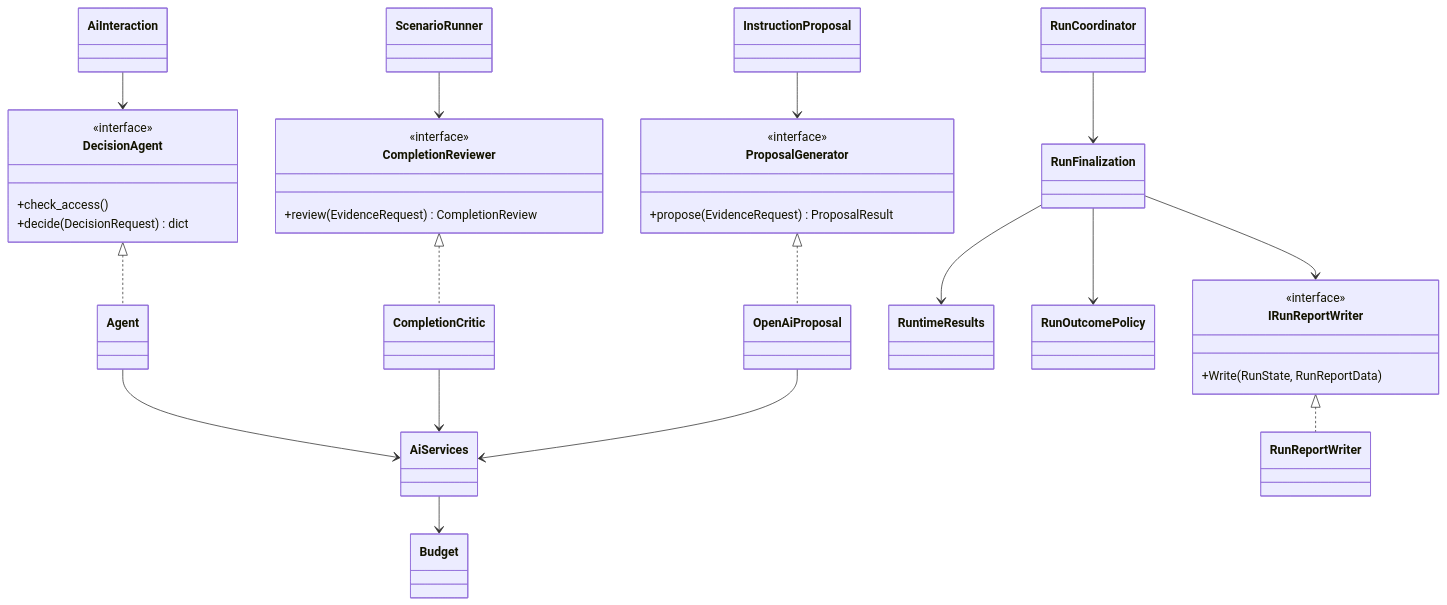
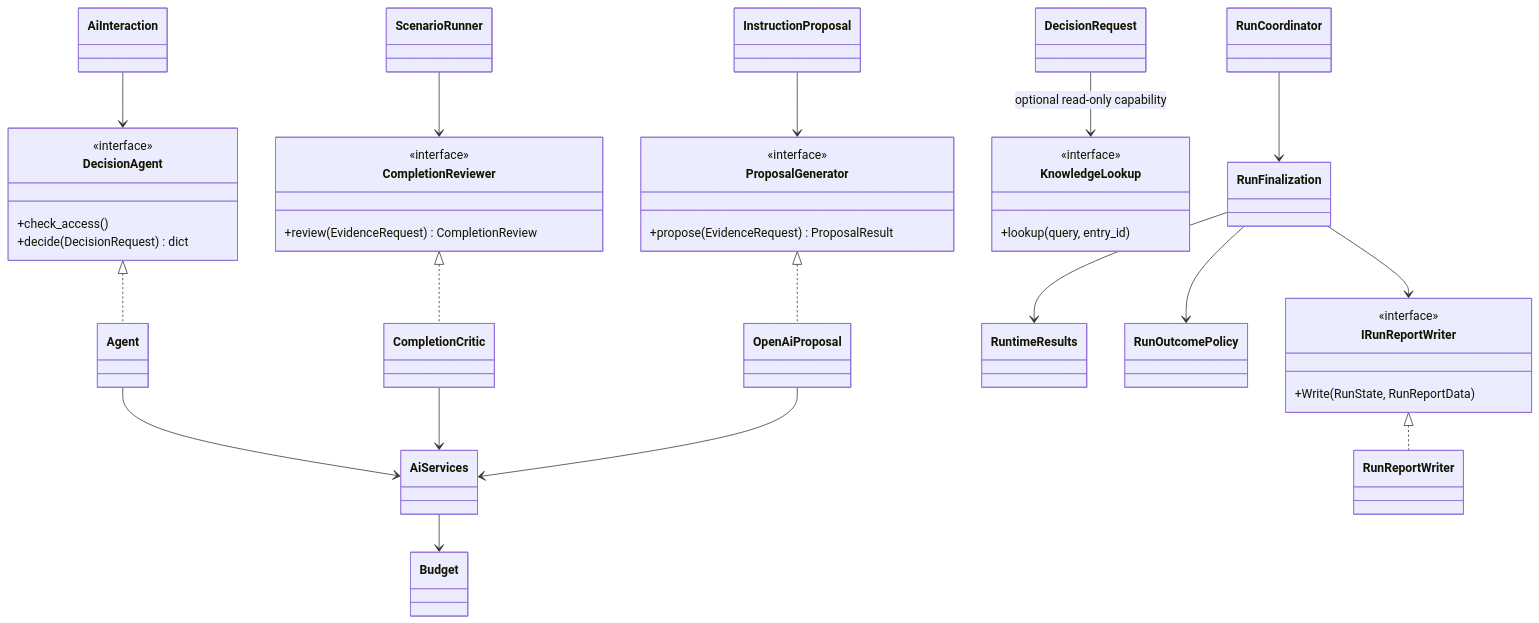
Before and after one commit to Richard032/CIMT: the second of 4 diagrams in docs/architecture-uml.md, drawn with Mermaid. The commit also changed other lines of this file and 43 other files, not shown here.

````diff
--- a/docs/architecture-uml.md
+++ b/docs/architecture-uml.md
@@ -46,35 +51,40 @@
 ```mermaid
 classDiagram
     class DecisionAgent {
         <<interface>>
         +check_access()
         +decide(DecisionRequest) dict
     }
     class CompletionReviewer {
         <<interface>>
         +review(EvidenceRequest) CompletionReview
     }
     class ProposalGenerator {
         <<interface>>
         +propose(EvidenceRequest) ProposalResult
     }
     class IRunReportWriter {
         <<interface>>
         +Write(RunState, RunReportData)
     }
+    class KnowledgeLookup {
+        <<interface>>
+        +lookup(query, entry_id)
+    }
+    DecisionRequest --> KnowledgeLookup : optional read-only capability
     DecisionAgent <|.. Agent
     CompletionReviewer <|.. CompletionCritic
     ProposalGenerator <|.. OpenAiProposal
     IRunReportWriter <|.. RunReportWriter
     AiInteraction --> DecisionAgent
     ScenarioRunner --> CompletionReviewer
     InstructionProposal --> ProposalGenerator
     Agent --> AiServices
     CompletionCritic --> AiServices
     OpenAiProposal --> AiServices
     AiServices --> Budget
     RunCoordinator --> RunFinalization
     RunFinalization --> RuntimeResults
     RunFinalization --> RunOutcomePolicy
     RunFinalization --> IRunReportWriter
 ```
````
